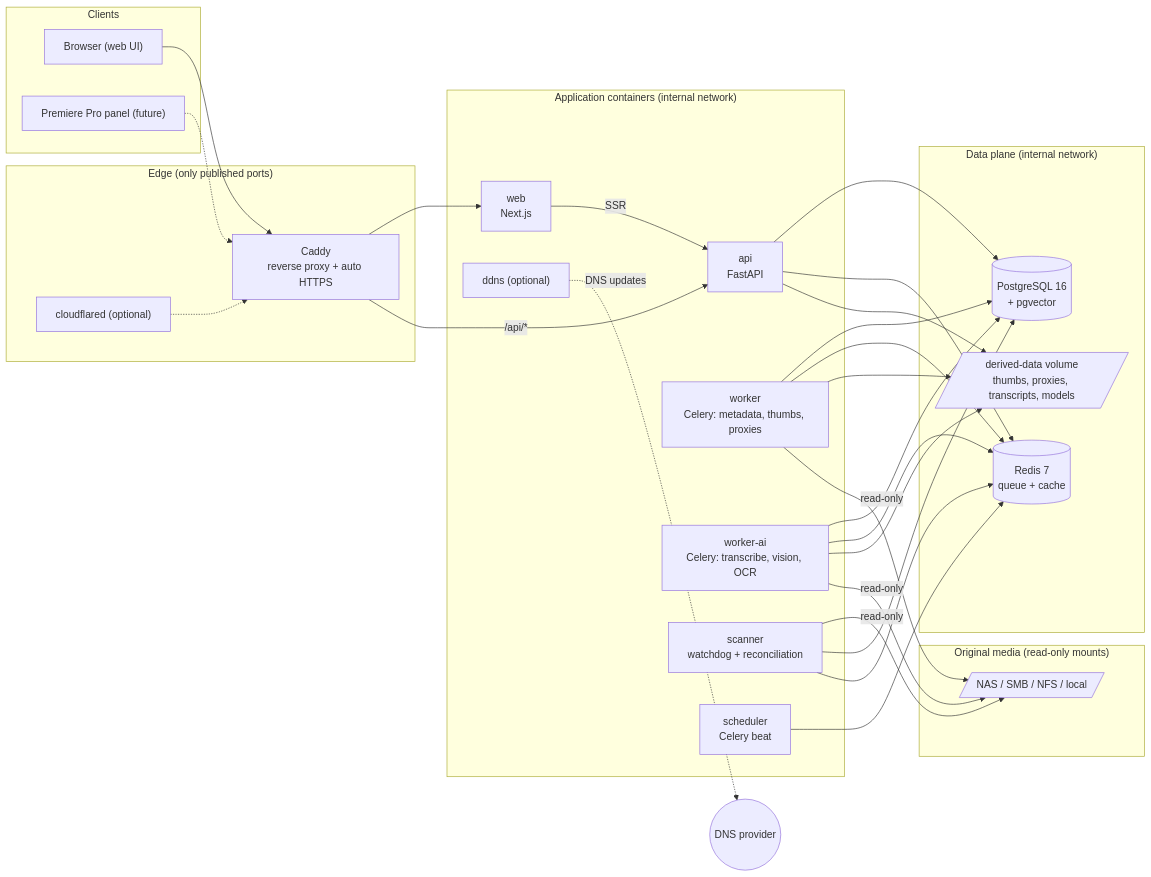
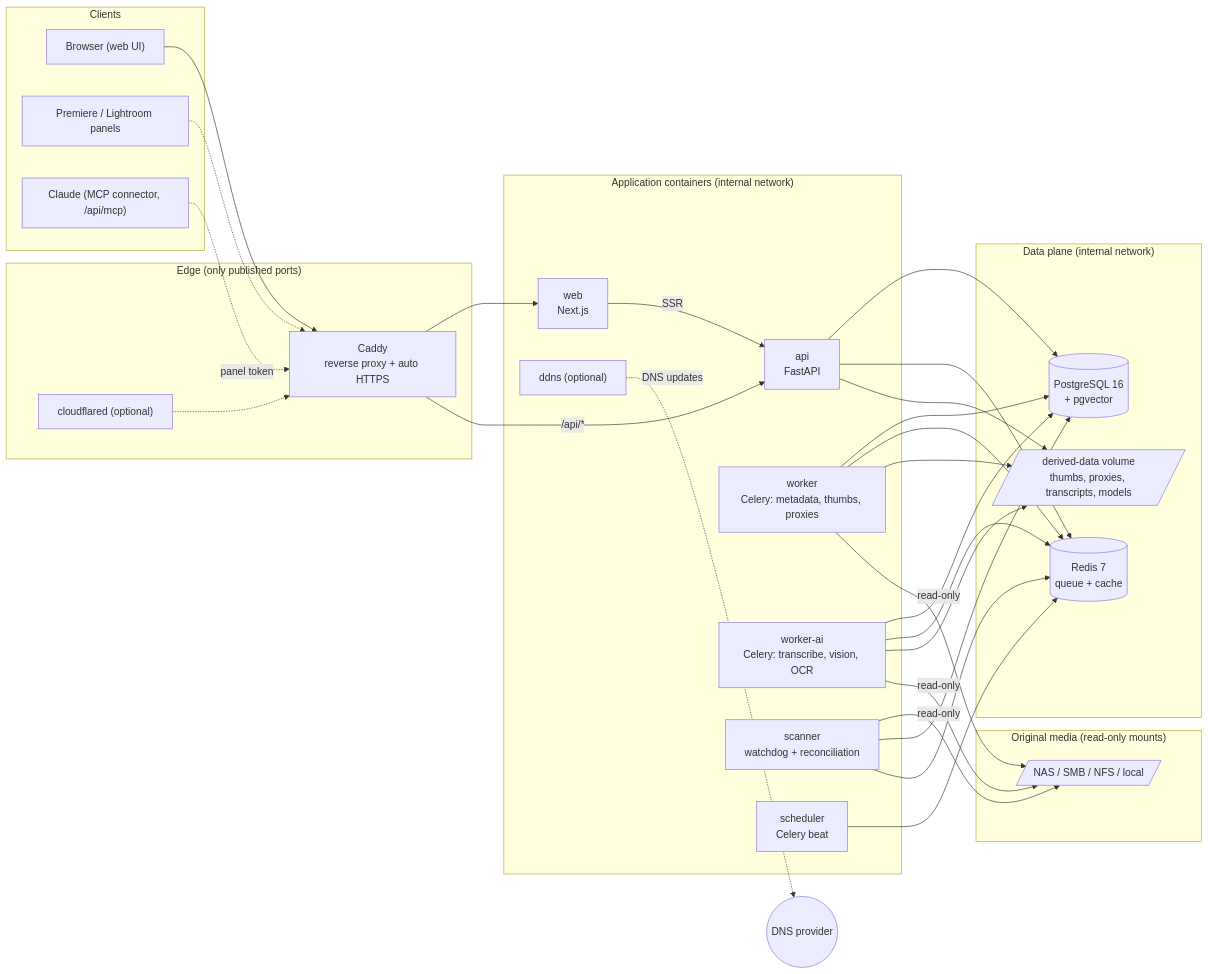
Before and after one commit to SixGricks/FrameFound: the first of 2 diagrams in docs/architecture.md, drawn with Mermaid. The commit also changed 57 other files, not shown here.

````diff
--- a/docs/architecture.md
+++ b/docs/architecture.md
@@ -21,46 +21,48 @@
 ```mermaid
 flowchart LR
     subgraph clients["Clients"]
         B["Browser (web UI)"]
-        PP["Premiere Pro panel (future)"]
+        PP["Premiere / Lightroom panels"]
+        CL["Claude (MCP connector, /api/mcp)"]
     end
 
     subgraph edge["Edge (only published ports)"]
         C["Caddy\nreverse proxy + auto HTTPS"]
         CT["cloudflared (optional)"]
     end
 
     subgraph app["Application containers (internal network)"]
         W["web\nNext.js"]
         A["api\nFastAPI"]
         WK["worker\nCelery: metadata, thumbs, proxies"]
         WAI["worker-ai\nCelery: transcribe, vision, OCR"]
         SC["scanner\nwatchdog + reconciliation"]
         BE["scheduler\nCelery beat"]
         DD["ddns (optional)"]
     end
 
     subgraph data["Data plane (internal network)"]
         PG[("PostgreSQL 16\n+ pgvector")]
         R[("Redis 7\nqueue + cache")]
         DV[/"derived-data volume\nthumbs, proxies, transcripts, models"/]
     end
 
     subgraph nas["Original media (read-only mounts)"]
         M[/"NAS / SMB / NFS / local"/]
     end
 
     B --> C
     PP -.-> C
+    CL -.->|"panel token"| C
     CT -.-> C
     C --> W
     C -->|"/api/*"| A
     W -->|SSR| A
     A --> PG & R & DV
     WK & WAI --> PG & R & DV
     WK & WAI -->|read-only| M
     SC -->|read-only| M
     SC --> PG & R
     BE --> R
     DD -.->|DNS updates| Internet(("DNS provider"))
 ```
````
